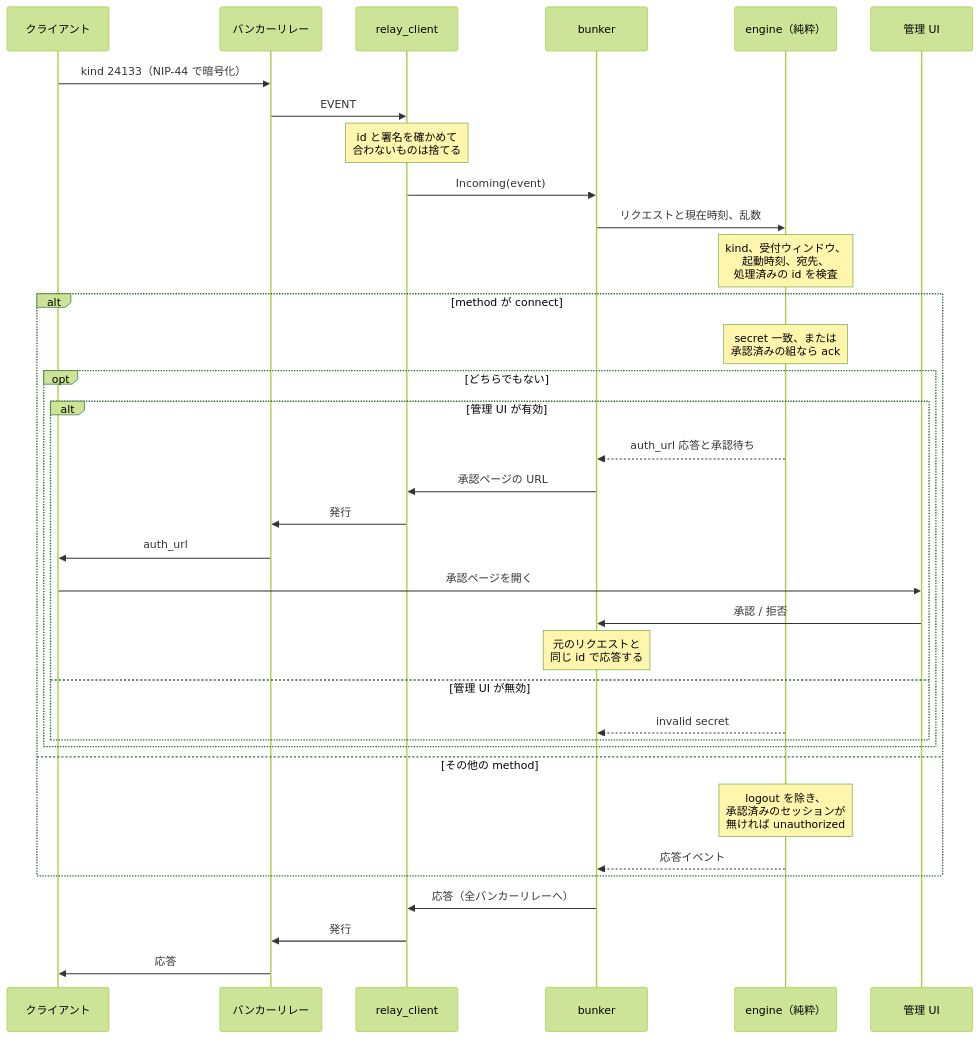
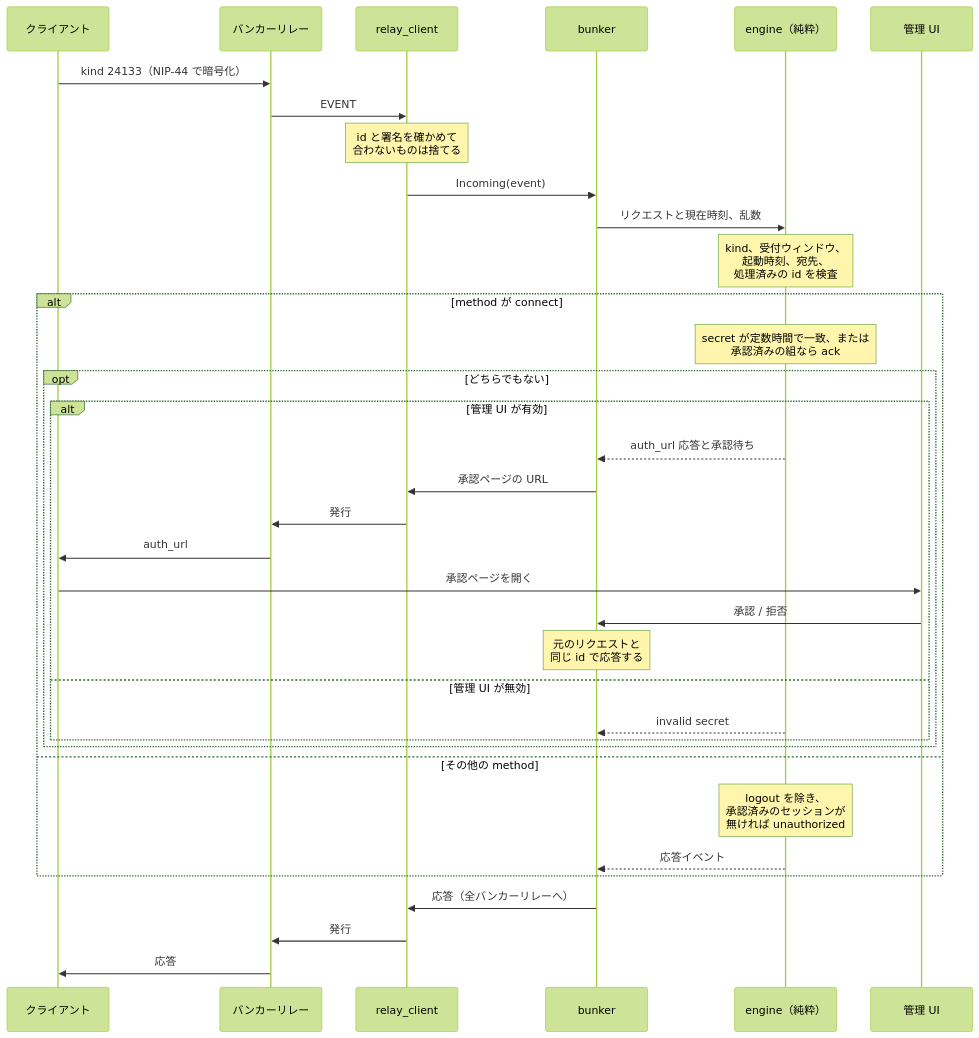
One commit to neverclear86/nostr-no-su changed the fourth of 8 diagrams in docs/architecture.md. Above: the diagram before and after it, drawn with Mermaid (forest theme). The commit also changed other lines of this file and 4 other files, not shown here.

````diff
--- a/docs/architecture.md
+++ b/docs/architecture.md
@@ -222,38 +222,38 @@
 ```mermaid
 sequenceDiagram
     participant client as クライアント
     participant relay as バンカーリレー
     participant rc as relay_client
     participant bk as bunker
     participant eng as engine（純粋）
     participant browser as 管理 UI
 
     client->>relay: kind 24133（NIP-44 で暗号化）
     relay->>rc: EVENT
     Note over rc: id と署名を確かめて<br/>合わないものは捨てる
     rc->>bk: Incoming(event)
     bk->>eng: リクエストと現在時刻、乱数
     Note over eng: kind、受付ウィンドウ、<br/>起動時刻、宛先、<br/>処理済みの id を検査
     alt method が connect
-        Note over eng: secret 一致、または<br/>承認済みの組なら ack
+        Note over eng: secret が定数時間で一致、または<br/>承認済みの組なら ack
         opt どちらでもない
             alt 管理 UI が有効
                 eng-->>bk: auth_url 応答と承認待ち
                 bk->>rc: 承認ページの URL
                 rc->>relay: 発行
                 relay->>client: auth_url
                 client->>browser: 承認ページを開く
                 browser->>bk: 承認 / 拒否
                 Note over bk: 元のリクエストと<br/>同じ id で応答する
             else 管理 UI が無効
                 eng-->>bk: invalid secret
             end
         end
     else その他の method
         Note over eng: logout を除き、<br/>承認済みのセッションが<br/>無ければ unauthorized
         eng-->>bk: 応答イベント
     end
     bk->>rc: 応答（全バンカーリレーへ）
     rc->>relay: 発行
     relay->>client: 応答
 ```
````
